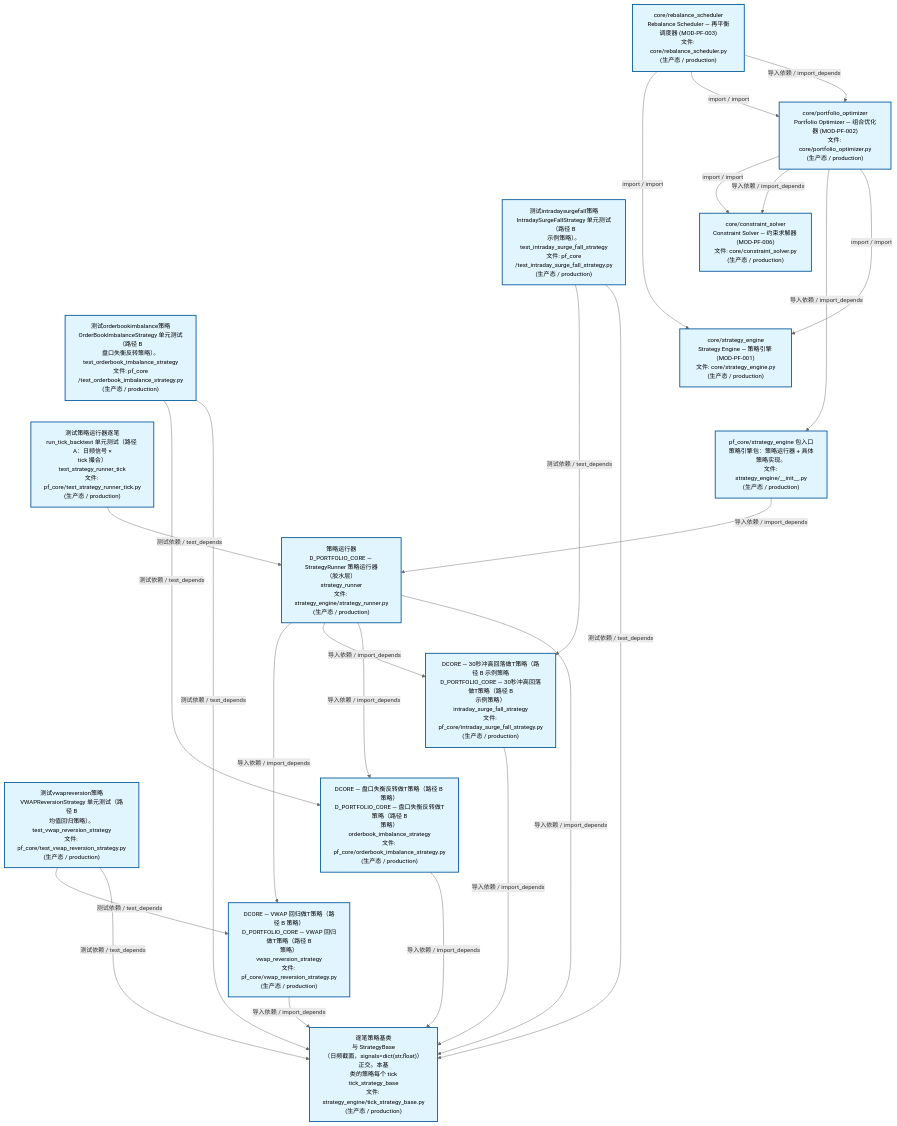
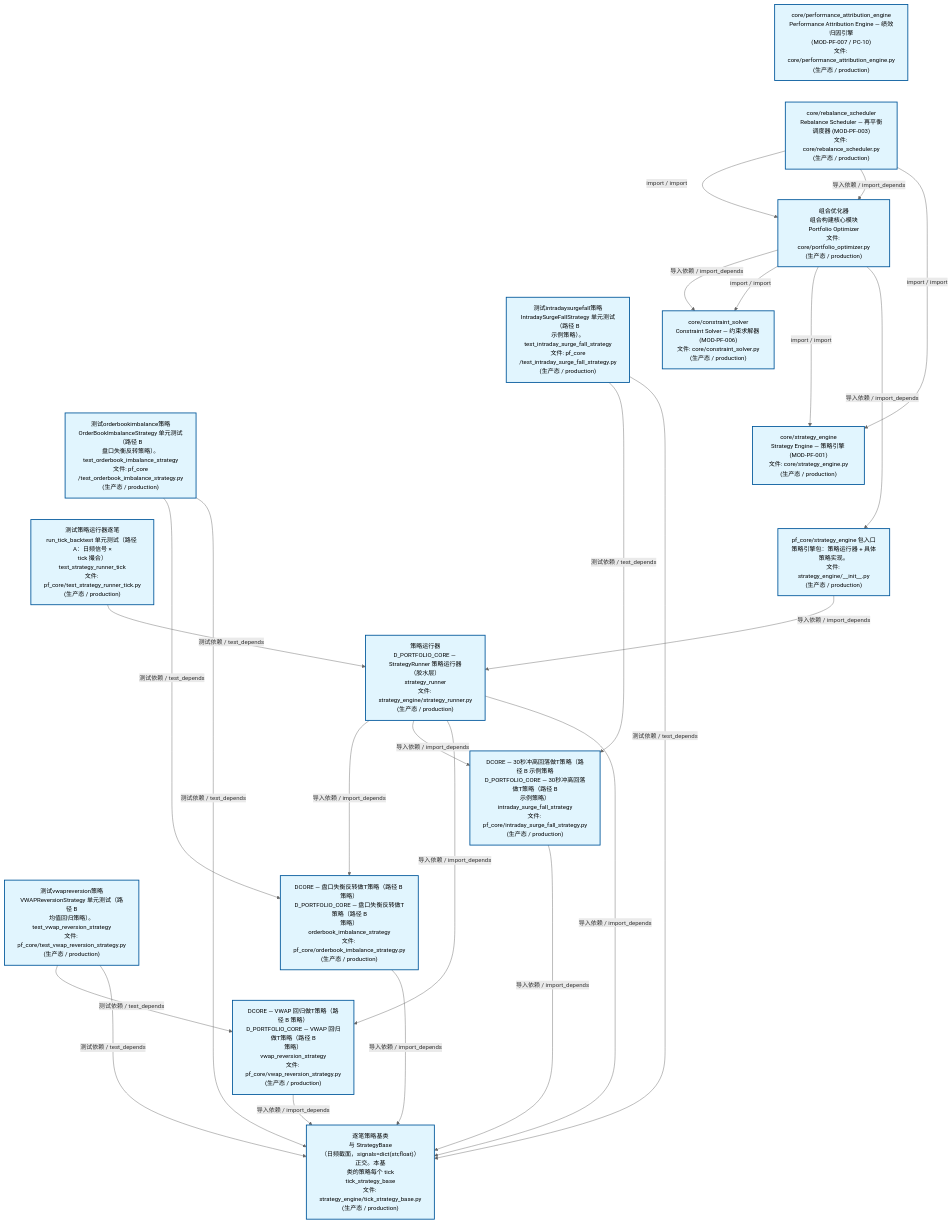
Before and after one commit to xuanFelixVan/ZephyrAlpha: the second of 4 diagrams in docs/02_enterprise_architecture/02_domain_architecture_docs/63_d_pf_core.md, drawn with Mermaid. The commit also changed other lines of this file and 49 other files, not shown here.

````diff
--- a/docs/02_enterprise_architecture/02_domain_architecture_docs/63_d_pf_core.md
+++ b/docs/02_enterprise_architecture/02_domain_architecture_docs/63_d_pf_core.md
@@ -140,53 +140,55 @@
 ```mermaid
 %%{init: {'theme': 'base', 'themeVariables': {'primaryColor': '#eaeaea', 'primaryTextColor': '#333333', 'primaryBorderColor': '#666666', 'lineColor': '#666666', 'secondaryColor': '#eaeaea', 'tertiaryColor': '#eaeaea', 'fontSize': '14px'}}}%%
 flowchart TD
+    src_zephyr_pf_core_core_performance_attribution_engine_py["core/performance_attribution_engine<br/>Performance Attribution Engine — 绩效归因引擎<br/>(MOD-PF-007 / PC-10)<br/>文件: core/performance_attribution_engine.py<br/>(生产态 / production)"]
     src_zephyr_pf_core_core_rebalance_scheduler_py["core/rebalance_scheduler<br/>Rebalance Scheduler — 再平衡调度器 (MOD-PF-003)<br/>文件: core/rebalance_scheduler.py<br/>(生产态 / production)"]
     tests_pf_core_test_intraday_surge_fall_strategy_py["测试intradaysurgefall策略<br/>IntradaySurgeFallStrategy 单元测试（路径 B<br/>示例策略）。<br/>test_intraday_surge_fall_strategy<br/>文件: pf_core<br/>/test_intraday_surge_fall_strategy.py<br/>(生产态 / production)"]
     tests_pf_core_test_orderbook_imbalance_strategy_py["测试orderbookimbalance策略<br/>OrderBookImbalanceStrategy 单元测试（路径 B<br/>盘口失衡反转策略）。<br/>test_orderbook_imbalance_strategy<br/>文件: pf_core<br/>/test_orderbook_imbalance_strategy.py<br/>(生产态 / production)"]
     tests_pf_core_test_strategy_runner_tick_py["测试策略运行器逐笔<br/>run_tick_backtest 单元测试（路径 A：日频信号 ×<br/>tick 撮合）<br/>test_strategy_runner_tick<br/>文件: pf_core/test_strategy_runner_tick.py<br/>(生产态 / production)"]
     tests_pf_core_test_vwap_reversion_strategy_py["测试vwapreversion策略<br/>VWAPReversionStrategy 单元测试（路径 B<br/>均值回归策略）。<br/>test_vwap_reversion_strategy<br/>文件: pf_core/test_vwap_reversion_strategy.py<br/>(生产态 / production)"]
+    src_zephyr_pf_core_core_performance_attribution_engine_py ~~~ src_zephyr_pf_core_core_rebalance_scheduler_py
     src_zephyr_pf_core_core_rebalance_scheduler_py ~~~ tests_pf_core_test_intraday_surge_fall_strategy_py
     tests_pf_core_test_intraday_surge_fall_strategy_py ~~~ tests_pf_core_test_orderbook_imbalance_strategy_py
     tests_pf_core_test_orderbook_imbalance_strategy_py ~~~ tests_pf_core_test_strategy_runner_tick_py
     tests_pf_core_test_strategy_runner_tick_py ~~~ tests_pf_core_test_vwap_reversion_strategy_py
-    src_zephyr_pf_core_core_portfolio_optimizer_py["core/portfolio_optimizer<br/>Portfolio Optimizer — 组合优化器 (MOD-PF-002)<br/>文件: core/portfolio_optimizer.py<br/>(生产态 / production)"]
+    src_zephyr_pf_core_core_portfolio_optimizer_py["组合优化器<br/>组合构建核心模块<br/>Portfolio Optimizer<br/>文件: core/portfolio_optimizer.py<br/>(生产态 / production)"]
     src_zephyr_pf_core_core_constraint_solver_py["core/constraint_solver<br/>Constraint Solver — 约束求解器 (MOD-PF-006)<br/>文件: core/constraint_solver.py<br/>(生产态 / production)"]
     src_zephyr_pf_core_core_strategy_engine_py["core/strategy_engine<br/>Strategy Engine — 策略引擎 (MOD-PF-001)<br/>文件: core/strategy_engine.py<br/>(生产态 / production)"]
     src_zephyr_pf_core_strategy_engine_init_py["pf_core/strategy_engine 包入口<br/>策略引擎包：策略运行器 + 具体策略实现。<br/>文件: strategy_engine/__init__.py<br/>(生产态 / production)"]
     src_zephyr_pf_core_core_constraint_solver_py ~~~ src_zephyr_pf_core_core_strategy_engine_py
     src_zephyr_pf_core_core_strategy_engine_py ~~~ src_zephyr_pf_core_strategy_engine_init_py
     src_zephyr_pf_core_strategy_engine_strategy_runner_py["策略运行器<br/>D_PORTFOLIO_CORE — StrategyRunner 策略运行器<br/>（胶水层）<br/>strategy_runner<br/>文件: strategy_engine/strategy_runner.py<br/>(生产态 / production)"]
     src_zephyr_pf_core_intraday_surge_fall_strategy_py["DCORE — 30秒冲高回落做T策略（路径 B 示例策略<br/>D_PORTFOLIO_CORE — 30秒冲高回落做T策略（路径 B<br/>示例策略）<br/>intraday_surge_fall_strategy<br/>文件: pf_core/intraday_surge_fall_strategy.py<br/>(生产态 / production)"]
     src_zephyr_pf_core_orderbook_imbalance_strategy_py["DCORE — 盘口失衡反转做T策略（路径 B 策略）<br/>D_PORTFOLIO_CORE — 盘口失衡反转做T策略（路径 B<br/>策略）<br/>orderbook_imbalance_strategy<br/>文件: pf_core/orderbook_imbalance_strategy.py<br/>(生产态 / production)"]
     src_zephyr_pf_core_vwap_reversion_strategy_py["DCORE — VWAP 回归做T策略（路径 B 策略）<br/>D_PORTFOLIO_CORE — VWAP 回归做T策略（路径 B<br/>策略）<br/>vwap_reversion_strategy<br/>文件: pf_core/vwap_reversion_strategy.py<br/>(生产态 / production)"]
     src_zephyr_pf_core_intraday_surge_fall_strategy_py ~~~ src_zephyr_pf_core_orderbook_imbalance_strategy_py
     src_zephyr_pf_core_orderbook_imbalance_strategy_py ~~~ src_zephyr_pf_core_vwap_reversion_strategy_py
     src_zephyr_pf_core_strategy_engine_tick_strategy_base_py["逐笔策略基类<br/>与 StrategyBase<br/>（日频截面，signals=dict(str,float)）正交。本基<br/>类的策略每个 tick<br/>tick_strategy_base<br/>文件: strategy_engine/tick_strategy_base.py<br/>(生产态 / production)"]
+    src_zephyr_pf_core_orderbook_imbalance_strategy_py -->|导入依赖 / import_depends| src_zephyr_pf_core_strategy_engine_tick_strategy_base_py
+    src_zephyr_pf_core_intraday_surge_fall_strategy_py -->|导入依赖 / import_depends| src_zephyr_pf_core_strategy_engine_tick_strategy_base_py
     src_zephyr_pf_core_vwap_reversion_strategy_py -->|导入依赖 / import_depends| src_zephyr_pf_core_strategy_engine_tick_strategy_base_py
-    src_zephyr_pf_core_intraday_surge_fall_strategy_py -->|导入依赖 / import_depends| src_zephyr_pf_core_strategy_engine_tick_strategy_base_py
-    src_zephyr_pf_core_orderbook_imbalance_strategy_py -->|导入依赖 / import_depends| src_zephyr_pf_core_strategy_engine_tick_strategy_base_py
+    src_zephyr_pf_core_core_portfolio_optimizer_py -->|导入依赖 / import_depends| src_zephyr_pf_core_core_constraint_solver_py
+    src_zephyr_pf_core_core_portfolio_optimizer_py -->|import / import| src_zephyr_pf_core_core_constraint_solver_py
+    src_zephyr_pf_core_core_portfolio_optimizer_py -->|import / import| src_zephyr_pf_core_core_strategy_engine_py
+    src_zephyr_pf_core_core_portfolio_optimizer_py -->|导入依赖 / import_depends| src_zephyr_pf_core_strategy_engine_init_py
+    src_zephyr_pf_core_core_rebalance_scheduler_py -->|import / import| src_zephyr_pf_core_core_portfolio_optimizer_py
+    src_zephyr_pf_core_core_rebalance_scheduler_py -->|导入依赖 / import_depends| src_zephyr_pf_core_core_portfolio_optimizer_py
+    src_zephyr_pf_core_core_rebalance_scheduler_py -->|import / import| src_zephyr_pf_core_core_strategy_engine_py
+    src_zephyr_pf_core_strategy_engine_strategy_runner_py -->|导入依赖 / import_depends| src_zephyr_pf_core_orderbook_imbalance_strategy_py
+    src_zephyr_pf_core_strategy_engine_strategy_runner_py -->|导入依赖 / import_depends| src_zephyr_pf_core_intraday_surge_fall_strategy_py
     src_zephyr_pf_core_strategy_engine_strategy_runner_py -->|导入依赖 / import_depends| src_zephyr_pf_core_vwap_reversion_strategy_py
-    src_zephyr_pf_core_strategy_engine_strategy_runner_py -->|导入依赖 / import_depends| src_zephyr_pf_core_intraday_surge_fall_strategy_py
-    src_zephyr_pf_core_strategy_engine_strategy_runner_py -->|导入依赖 / import_depends| src_zephyr_pf_core_orderbook_imbalance_strategy_py
     src_zephyr_pf_core_strategy_engine_strategy_runner_py -->|导入依赖 / import_depends| src_zephyr_pf_core_strategy_engine_tick_strategy_base_py
     src_zephyr_pf_core_strategy_engine_init_py -->|导入依赖 / import_depends| src_zephyr_pf_core_strategy_engine_strategy_runner_py
-    src_zephyr_pf_core_core_rebalance_scheduler_py -->|import / import| src_zephyr_pf_core_core_strategy_engine_py
-    src_zephyr_pf_core_core_rebalance_scheduler_py -->|import / import| src_zephyr_pf_core_core_portfolio_optimizer_py
-    src_zephyr_pf_core_core_rebalance_scheduler_py -->|导入依赖 / import_depends| src_zephyr_pf_core_core_portfolio_optimizer_py
-    src_zephyr_pf_core_core_portfolio_optimizer_py -->|import / import| src_zephyr_pf_core_core_constraint_solver_py
-    src_zephyr_pf_core_core_portfolio_optimizer_py -->|导入依赖 / import_depends| src_zephyr_pf_core_core_constraint_solver_py
-    src_zephyr_pf_core_core_portfolio_optimizer_py -->|导入依赖 / import_depends| src_zephyr_pf_core_strategy_engine_init_py
-    src_zephyr_pf_core_core_portfolio_optimizer_py -->|import / import| src_zephyr_pf_core_core_strategy_engine_py
+    tests_pf_core_test_orderbook_imbalance_strategy_py -->|测试依赖 / test_depends| src_zephyr_pf_core_orderbook_imbalance_strategy_py
+    tests_pf_core_test_orderbook_imbalance_strategy_py -->|测试依赖 / test_depends| src_zephyr_pf_core_strategy_engine_tick_strategy_base_py
     tests_pf_core_test_intraday_surge_fall_strategy_py -->|测试依赖 / test_depends| src_zephyr_pf_core_intraday_surge_fall_strategy_py
     tests_pf_core_test_intraday_surge_fall_strategy_py -->|测试依赖 / test_depends| src_zephyr_pf_core_strategy_engine_tick_strategy_base_py
-    tests_pf_core_test_strategy_runner_tick_py -->|测试依赖 / test_depends| src_zephyr_pf_core_strategy_engine_strategy_runner_py
-    tests_pf_core_test_orderbook_imbalance_strategy_py -->|测试依赖 / test_depends| src_zephyr_pf_core_orderbook_imbalance_strategy_py
-    tests_pf_core_test_orderbook_imbalance_strategy_py -->|测试依赖 / test_depends| src_zephyr_pf_core_strategy_engine_tick_strategy_base_py
     tests_pf_core_test_vwap_reversion_strategy_py -->|测试依赖 / test_depends| src_zephyr_pf_core_vwap_reversion_strategy_py
     tests_pf_core_test_vwap_reversion_strategy_py -->|测试依赖 / test_depends| src_zephyr_pf_core_strategy_engine_tick_strategy_base_py
+    tests_pf_core_test_strategy_runner_tick_py -->|测试依赖 / test_depends| src_zephyr_pf_core_strategy_engine_strategy_runner_py
     classDef production fill:#e1f5fe,stroke:#01579b,stroke-width:2px,color:#000
     classDef design fill:#fff3e0,stroke:#e65100,stroke-width:2px,color:#000,stroke-dasharray: 5 5
     classDef external_prod fill:#e8f4fd,stroke:#0277bd,stroke-width:1px,color:#000
     classDef external_design fill:#fff8e7,stroke:#ef6c00,stroke-width:1px,color:#000,stroke-dasharray: 5 5
-    class src_zephyr_pf_core_core_constraint_solver_py,src_zephyr_pf_core_core_portfolio_optimizer_py,src_zephyr_pf_core_core_rebalance_scheduler_py,src_zephyr_pf_core_core_strategy_engine_py,src_zephyr_pf_core_intraday_surge_fall_strategy_py,src_zephyr_pf_core_orderbook_imbalance_strategy_py,src_zephyr_pf_core_strategy_engine_init_py,src_zephyr_pf_core_strategy_engine_strategy_runner_py,src_zephyr_pf_core_strategy_engine_tick_strategy_base_py,src_zephyr_pf_core_vwap_reversion_strategy_py,tests_pf_core_test_intraday_surge_fall_strategy_py,tests_pf_core_test_orderbook_imbalance_strategy_py,tests_pf_core_test_strategy_runner_tick_py,tests_pf_core_test_vwap_reversion_strategy_py production
+    class src_zephyr_pf_core_core_constraint_solver_py,src_zephyr_pf_core_core_performance_attribution_engine_py,src_zephyr_pf_core_core_portfolio_optimizer_py,src_zephyr_pf_core_core_rebalance_scheduler_py,src_zephyr_pf_core_core_strategy_engine_py,src_zephyr_pf_core_intraday_surge_fall_strategy_py,src_zephyr_pf_core_orderbook_imbalance_strategy_py,src_zephyr_pf_core_strategy_engine_init_py,src_zephyr_pf_core_strategy_engine_strategy_runner_py,src_zephyr_pf_core_strategy_engine_tick_strategy_base_py,src_zephyr_pf_core_vwap_reversion_strategy_py,tests_pf_core_test_intraday_surge_fall_strategy_py,tests_pf_core_test_orderbook_imbalance_strategy_py,tests_pf_core_test_strategy_runner_tick_py,tests_pf_core_test_vwap_reversion_strategy_py production
 ```
````
